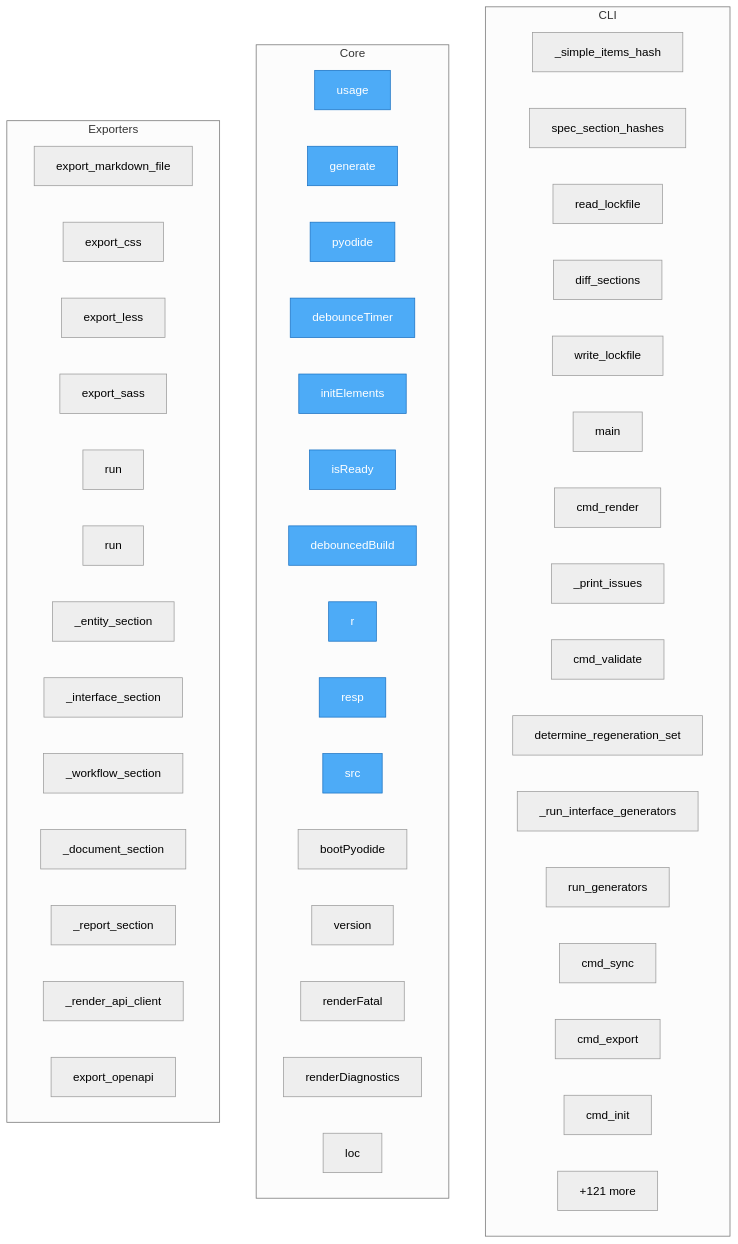
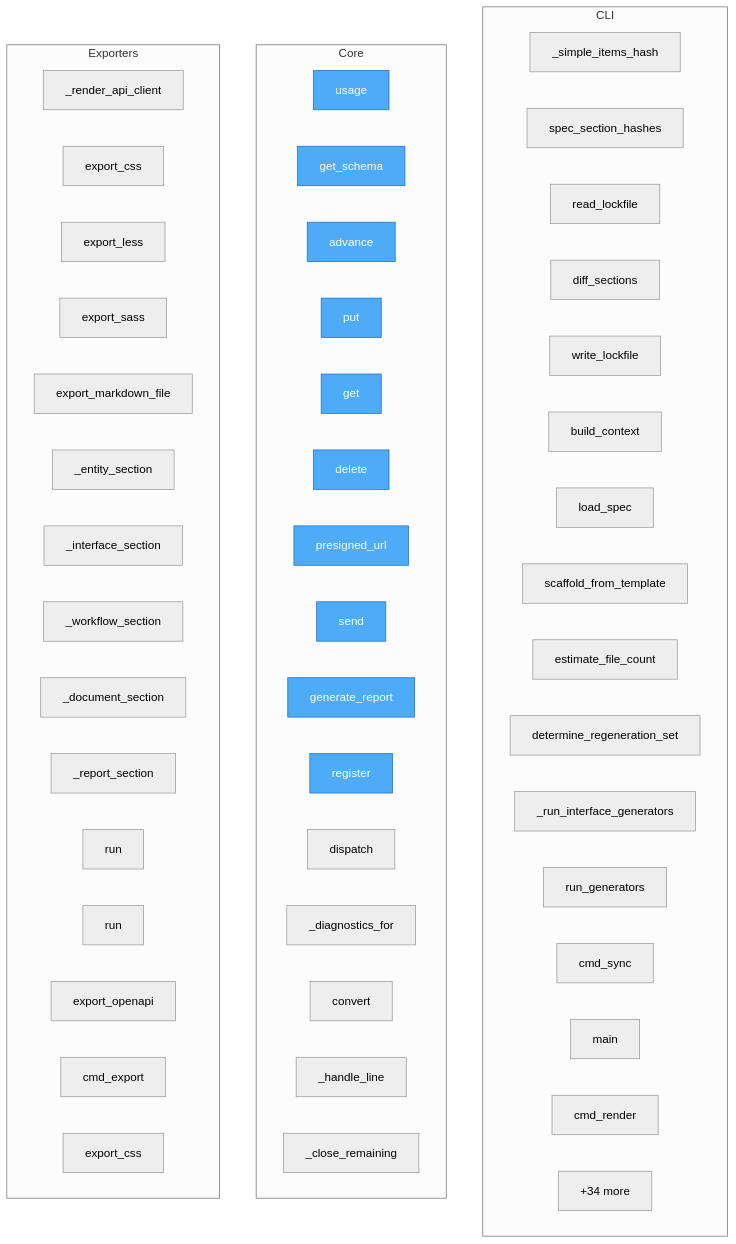
Before and after one commit to oqlos/doql: the diagram in project/flow.mmd, drawn with Mermaid (neutral theme). The commit also changed 38 other files, not shown here.

```diff
--- a/project/flow.mmd
+++ b/project/flow.mmd
@@ -1,60 +1,63 @@
 flowchart TD
 
     %% Entry points (blue)
     classDef entry fill:#4dabf7,stroke:#1971c2,color:#fff
 
     subgraph CLI
         doql__cli__lockfile___simple_items_hash["_simple_items_hash"]
         doql__cli__lockfile__spec_section_hashes["spec_section_hashes"]
         doql__cli__lockfile__read_lockfile["read_lockfile"]
         doql__cli__lockfile__diff_sections["diff_sections"]
         doql__cli__lockfile__write_lockfile["write_lockfile"]
-        doql__cli__main__main["main"]
-        doql__cli__commands__render__cmd_render["cmd_render"]
-        doql__cli__commands__validate___print_issues["_print_issues"]
-        doql__cli__commands__validate__cmd_validate["cmd_validate"]
+        doql__cli__context__build_context["build_context"]
+        doql__cli__context__load_spec["load_spec"]
+        doql__cli__context__scaffold_from_template["scaffold_from_template"]
+        doql__cli__context__estimate_file_count["estimate_file_count"]
         doql__cli__sync__determine_regeneration_set["determine_regeneration_set"]
         doql__cli__sync___run_interface_generators["_run_interface_generators"]
         doql__cli__sync__run_generators["run_generators"]
         doql__cli__sync__cmd_sync["cmd_sync"]
-        doql__cli__commands__export__cmd_export["cmd_export"]
-        doql__cli__commands__init__cmd_init["cmd_init"]
+        doql__cli__main__main["main"]
+        doql__cli__commands__render__cmd_render["cmd_render"]
         ...["+96 more"]
     end
 
     subgraph Core
         doql__usage["usage"]
-        plugins__doql_plugin_iso17025__doql_plugin_iso17025__drift_monitor__generate["generate"]
-        playground__pyodide_bridge__pyodide["pyodide"]
-        playground__pyodide_bridge__debounceTimer["debounceTimer"]
-        playground__pyodide_bridge__initElements["initElements"]
-        playground__pyodide_bridge__isReady["isReady"]
-        playground__pyodide_bridge__debouncedBuild["debouncedBuild"]
-        playground__pyodide_bridge__r["r"]
-        playground__pyodide_bridge__resp["resp"]
-        playground__pyodide_bridge__src["src"]
-        playground__pyodide_bridge__bootPyodide["bootPyodide"]
-        playground__pyodide_bridge__version["version"]
-        playground__renderers__renderFatal["renderFatal"]
-        playground__renderers__renderDiagnostics["renderDiagnostics"]
-        playground__renderers__loc["loc"]
-        ...["+121 more"]
+        OQLOS_REQUIREMENTS__get_schema["get_schema"]
+        OQLOS_REQUIREMENTS__advance["advance"]
+        OQLOS_REQUIREMENTS__put["put"]
+        OQLOS_REQUIREMENTS__get["get"]
+        OQLOS_REQUIREMENTS__delete["delete"]
+        OQLOS_REQUIREMENTS__presigned_url["presigned_url"]
+        OQLOS_REQUIREMENTS__send["send"]
+        OQLOS_REQUIREMENTS__generate_report["generate_report"]
+        OQLOS_REQUIREMENTS__register["register"]
+        OQLOS_REQUIREMENTS__dispatch["dispatch"]
+        TODO___diagnostics_for["_diagnostics_for"]
+        TODO__convert["convert"]
+        TODO___handle_line["_handle_line"]
+        TODO___close_remaining["_close_remaining"]
+        ...["+1579 more"]
     end
 
     subgraph Exporters
-        doql__exporters__markdown__export_markdown_file["export_markdown_file"]
+        doql__exporters__css__renderers___render_api_client["_render_api_client"]
         doql__exporters__css__export_css["export_css"]
         doql__exporters__css__export_less["export_less"]
         doql__exporters__css__export_sass["export_sass"]
-        doql__generators__export_postman__run["run"]
-        doql__generators__export_ts_sdk__run["run"]
+        doql__exporters__markdown__export_markdown_file["export_markdown_file"]
         doql__exporters__markdown__sections___entity_section["_entity_section"]
         doql__exporters__markdown__sections___interface_section["_interface_section"]
         doql__exporters__markdown__sections___workflow_section["_workflow_section"]
         doql__exporters__markdown__sections___document_section["_document_section"]
         doql__exporters__markdown__sections___report_section["_report_section"]
-        doql__exporters__css__renderers___render_api_client["_render_api_client"]
+        doql__generators__export_postman__run["run"]
+        doql__generators__export_ts_sdk__run["run"]
         doql__generators__api_gen__export_openapi["export_openapi"]
+        project__map__toon__cmd_export["cmd_export"]
+        project__map__toon__export_css["export_css"]
+        ...["+34 more"]
     end
 
-    class doql__usage,plugins__doql_plugin_iso17025__doql_plugin_iso17025__drift_monitor__generate,playground__pyodide_bridge__pyodide,playground__pyodide_bridge__debounceTimer,playground__pyodide_bridge__initElements,playground__pyodide_bridge__isReady,playground__pyodide_bridge__debouncedBuild,playground__pyodide_bridge__r,playground__pyodide_bridge__resp,playground__pyodide_bridge__src entry
+    class doql__usage,OQLOS_REQUIREMENTS__get_schema,OQLOS_REQUIREMENTS__advance,OQLOS_REQUIREMENTS__put,OQLOS_REQUIREMENTS__get,OQLOS_REQUIREMENTS__delete,OQLOS_REQUIREMENTS__presigned_url,OQLOS_REQUIREMENTS__send,OQLOS_REQUIREMENTS__generate_report,OQLOS_REQUIREMENTS__register entry
```
